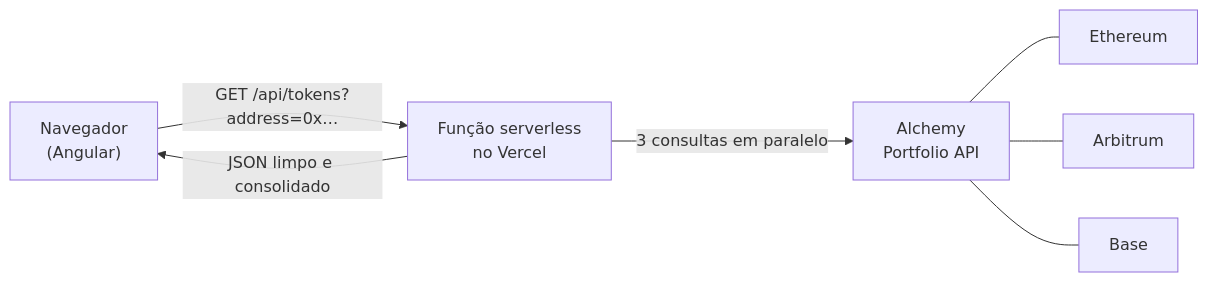
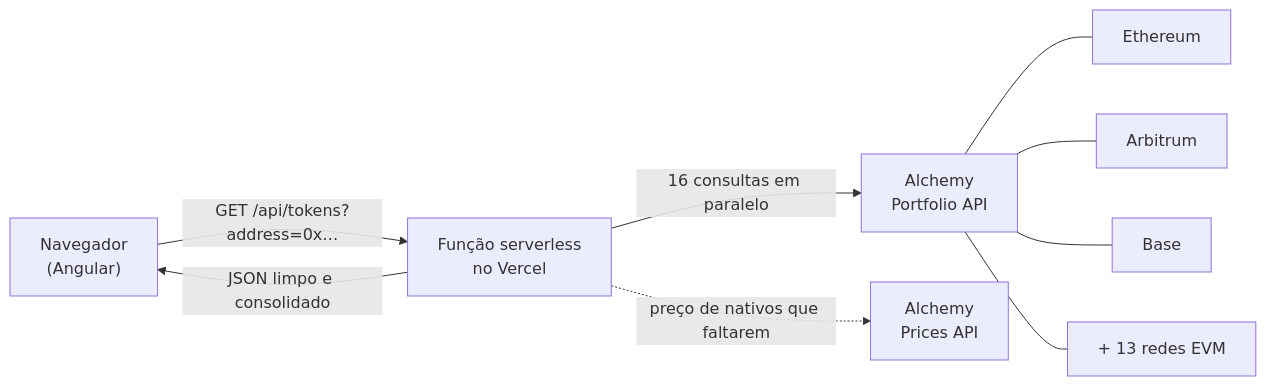
The diagram in README.md (Gabriielfeliciano/DeFinance), drawn with Mermaid before and after one commit. The commit also changed other lines of this file and 1 other file, not shown here.

First line of the commit message:
docs: document 16-chain support and defer non-EVM chains

````diff
--- a/README.md
+++ b/README.md
@@ -45,9 +45,11 @@
 ```mermaid
 flowchart LR
     U["Navegador<br/>(Angular)"] -->|"GET /api/tokens?address=0x…"| F["Função serverless<br/>no Vercel"]
-    F -->|"3 consultas em paralelo"| A["Alchemy<br/>Portfolio API"]
+    F -->|"16 consultas em paralelo"| A["Alchemy<br/>Portfolio API"]
     A --- E["Ethereum"]
     A --- R["Arbitrum"]
     A --- B["Base"]
+    A --- M["+ 13 redes EVM"]
+    F -.->|"preço de nativos que faltarem"| P["Alchemy<br/>Prices API"]
     F -->|"JSON limpo e consolidado"| U
 ```
````
